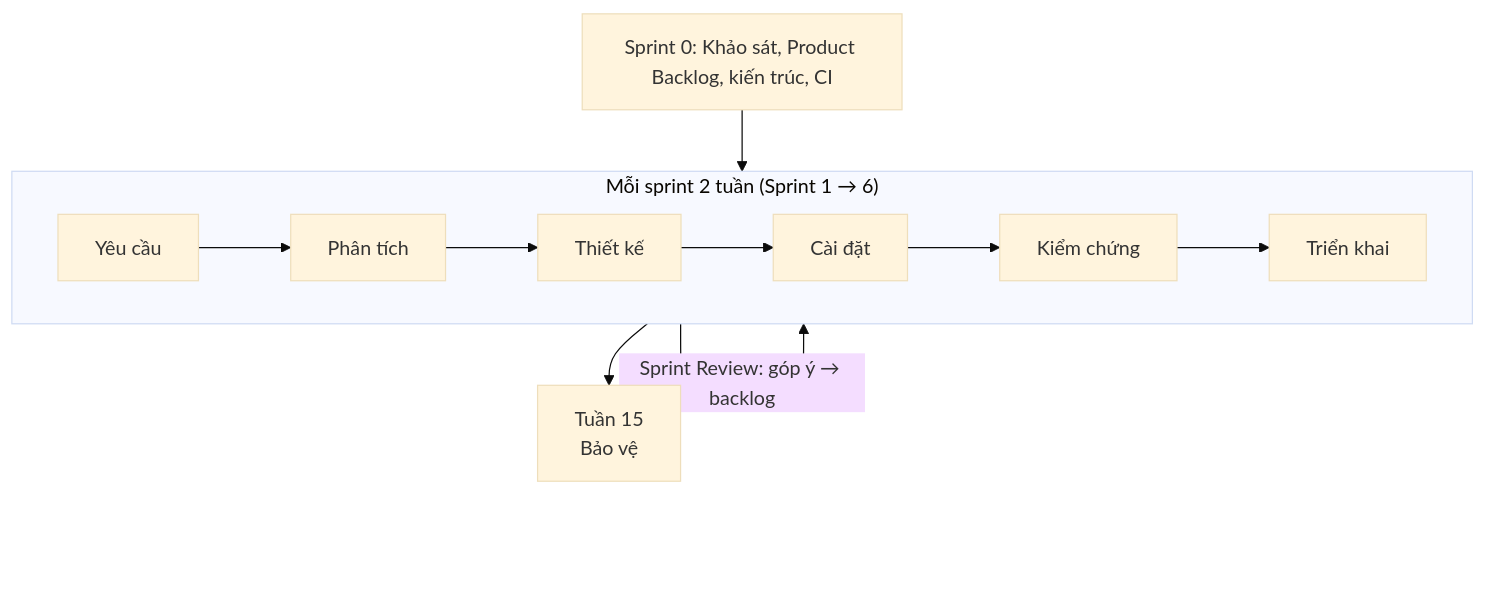
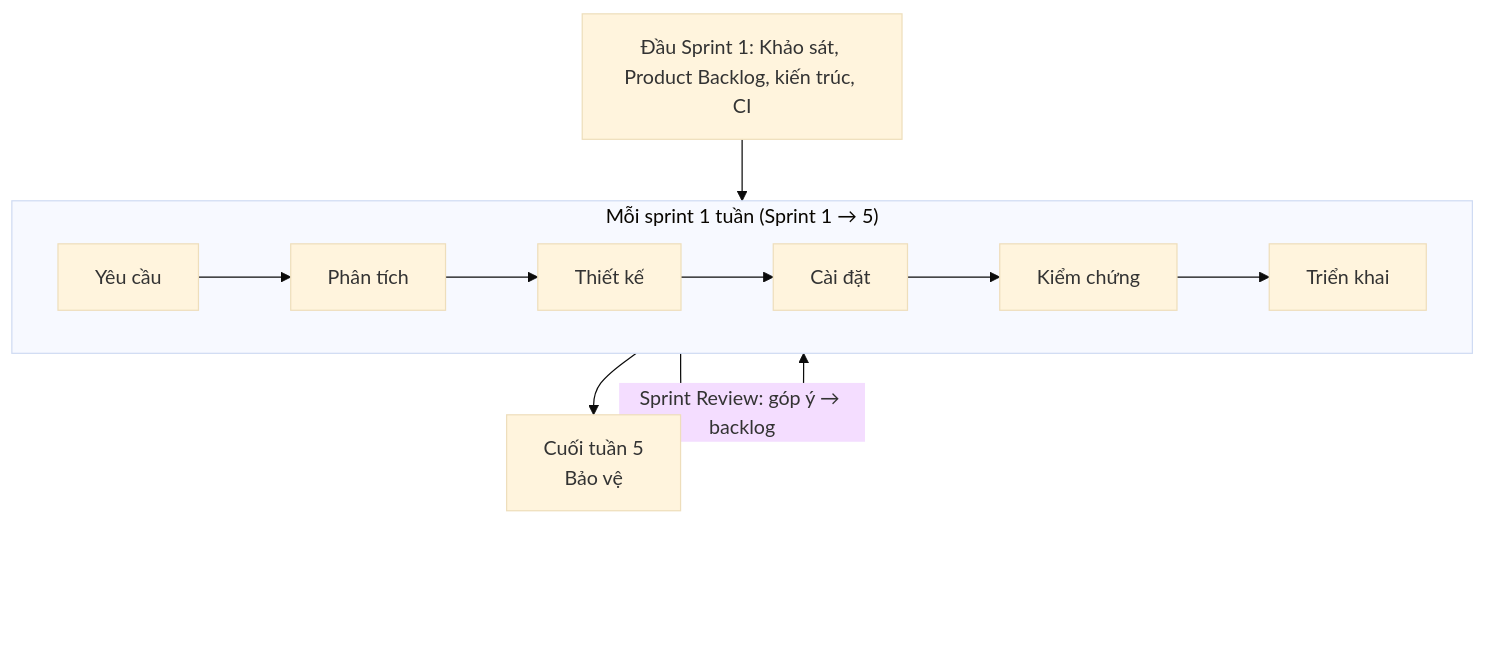
Before and after one commit to quangphuoc73/Phan_Mem_Quan_Ly_Test_Cases: the diagram in docs/00_TongQuan_KeHoach.md, drawn with Mermaid (base theme). The commit also changed other lines of this file and 15 other files, not shown here.

````diff
--- a/docs/00_TongQuan_KeHoach.md
+++ b/docs/00_TongQuan_KeHoach.md
@@ -54,11 +55,11 @@
 ```mermaid
 flowchart TB
-    S0["Sprint 0: Khảo sát, Product Backlog, kiến trúc, CI"] --> LOOP
-    subgraph LOOP["Mỗi sprint 2 tuần (Sprint 1 → 6)"]
+    S0["Đầu Sprint 1: Khảo sát, Product Backlog, kiến trúc, CI"] --> LOOP
+    subgraph LOOP["Mỗi sprint 1 tuần (Sprint 1 → 5)"]
         direction LR
         A["Yêu cầu"] --> B["Phân tích"] --> C["Thiết kế"]
         C --> D["Cài đặt"] --> E["Kiểm chứng"] --> F["Triển khai"]
     end
     LOOP -->|"Sprint Review: góp ý → backlog"| LOOP
-    LOOP --> END["Tuần 15<br/>Bảo vệ"]
+    LOOP --> END["Cuối tuần 5<br/>Bảo vệ"]
 ```
````
